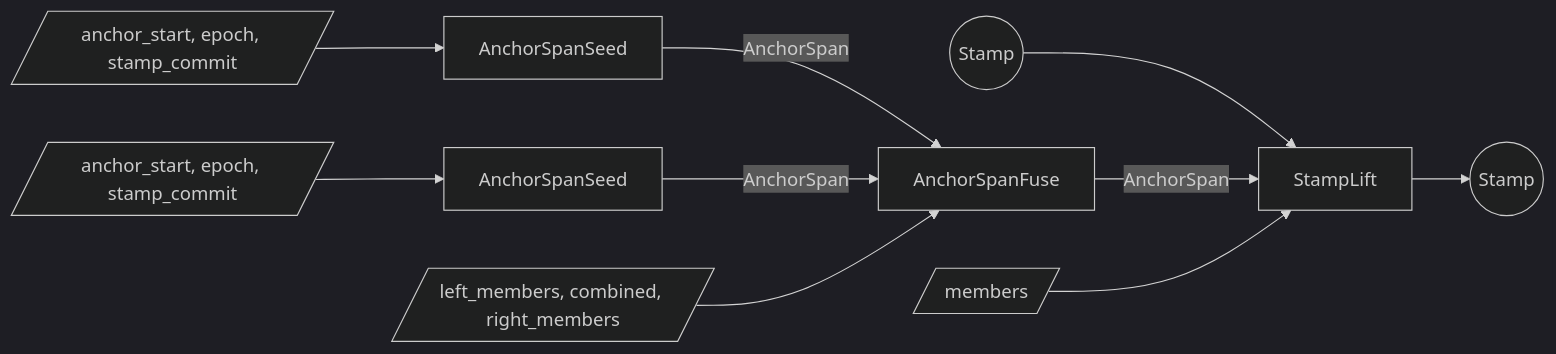
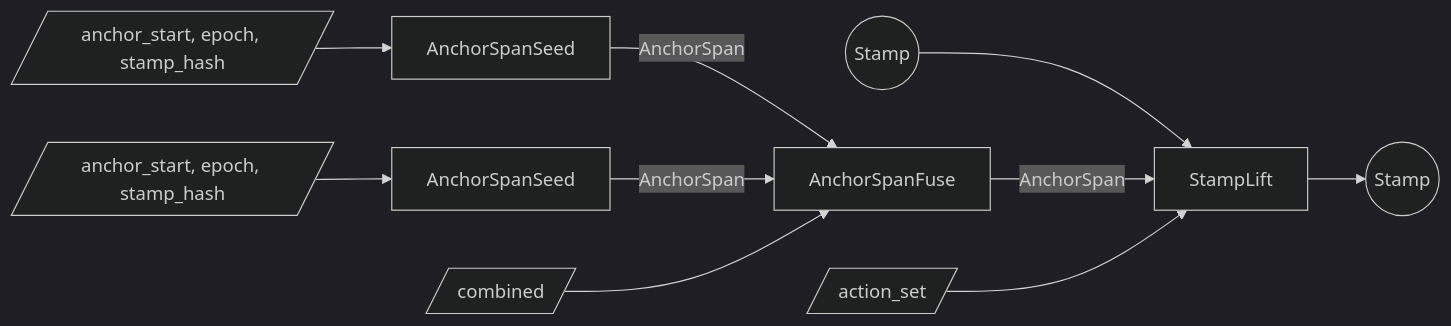
One commit to tachyon-zcash/tachyon changed the second of 3 diagrams in book/src/proof-tree.md. Above: the diagram before and after it, drawn with Mermaid (dark theme). The commit also changed other lines of this file and 35 other files, not shown here.

````diff
--- a/book/src/proof-tree.md
+++ b/book/src/proof-tree.md
@@ -510,23 +511,23 @@
 ```mermaid
 flowchart LR
   sh_in((Stamp))
-  w_span[/anchor_start, epoch, stamp_commit/]
+  w_span[/anchor_start, epoch, stamp_hash/]
   s_span[AnchorSpanSeed]
-  w_next[/anchor_start, epoch, stamp_commit/]
+  w_next[/anchor_start, epoch, stamp_hash/]
   s_next[AnchorSpanSeed]
-  w_spanfuse[/left_members, combined, right_members/]
+  w_spanfuse[/combined/]
   s_spanfuse[AnchorSpanFuse]
-  w_lift[/members/]
+  w_lift[/action_set/]
   s_lift[StampLift]
   sh_out((Stamp))
 
   w_span --> s_span
   w_next --> s_next
   s_span -->|AnchorSpan| s_spanfuse
   s_next -->|AnchorSpan| s_spanfuse
   w_spanfuse --> s_spanfuse
   sh_in --> s_lift
   s_spanfuse -->|AnchorSpan| s_lift
   w_lift --> s_lift
   s_lift --> sh_out
 ```
````
